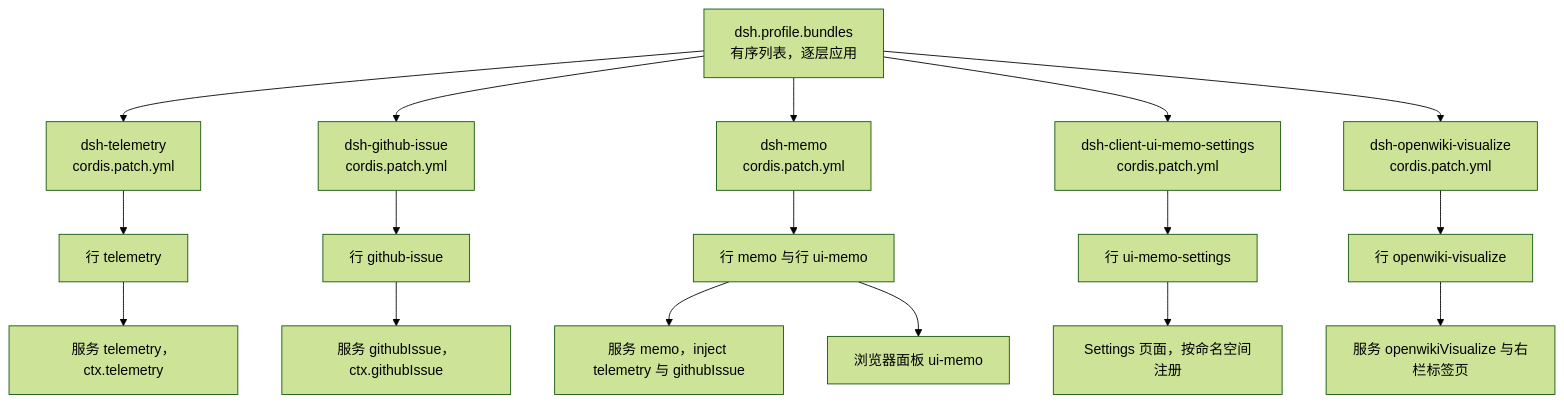
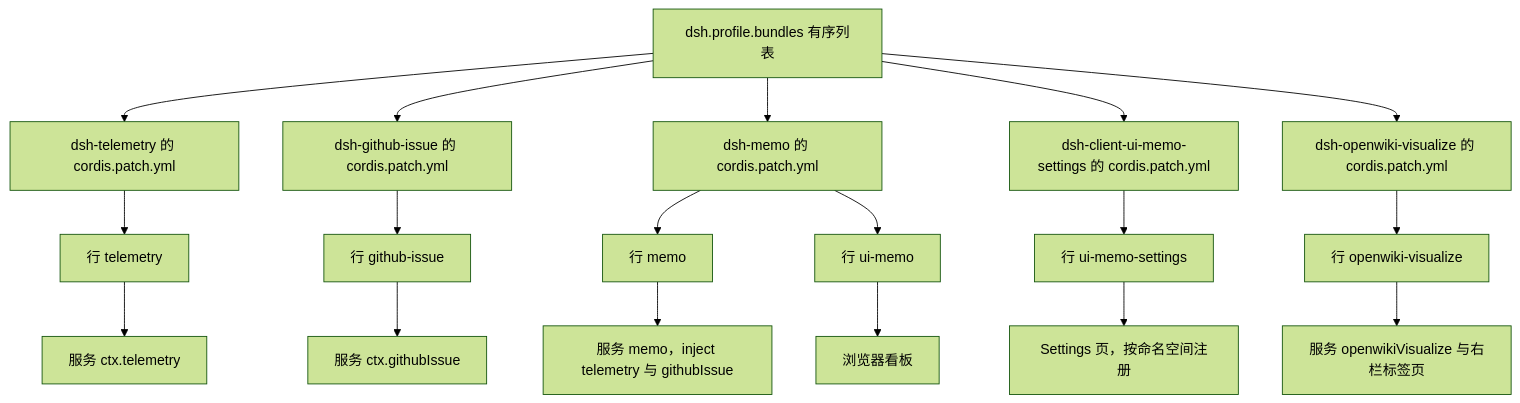
The first of 2 diagrams in openwiki/architecture/plugin-composition-and-bundles.md (zhangj1164/dsh-mega-plugins), drawn with Mermaid (forest theme) before and after one commit. The commit also changed other lines of this file and 62 other files, not shown here.

````diff
--- a/openwiki/architecture/plugin-composition-and-bundles.md
+++ b/openwiki/architecture/plugin-composition-and-bundles.md
@@ -21,19 +78,20 @@
 ```mermaid
 flowchart TD
-  P["dsh.profile.bundles<br/>有序列表，逐层应用"] --> L1["dsh-telemetry<br/>cordis.patch.yml"]
-  P --> L2["dsh-github-issue<br/>cordis.patch.yml"]
-  P --> L3["dsh-memo<br/>cordis.patch.yml"]
-  P --> L4["dsh-client-ui-memo-settings<br/>cordis.patch.yml"]
-  P --> L5["dsh-openwiki-visualize<br/>cordis.patch.yml"]
-  L1 --> R1["行 telemetry"]
-  L2 --> R2["行 github-issue"]
-  L3 --> R3["行 memo 与行 ui-memo"]
-  L4 --> R4["行 ui-memo-settings"]
-  L5 --> R5["行 openwiki-visualize"]
-  R1 --> S1["服务 telemetry，ctx.telemetry"]
-  R2 --> S2["服务 githubIssue，ctx.githubIssue"]
-  R3 --> S3["服务 memo，inject telemetry 与 githubIssue"]
-  R3 --> B1["浏览器面板 ui-memo"]
-  R4 --> B2["Settings 页面，按命名空间注册"]
-  R5 --> S4["服务 openwikiVisualize 与右栏标签页"]
+  P["dsh.profile.bundles 有序列表"] --> T["dsh-telemetry 的 cordis.patch.yml"]
+  P --> G["dsh-github-issue 的 cordis.patch.yml"]
+  P --> M["dsh-memo 的 cordis.patch.yml"]
+  P --> S["dsh-client-ui-memo-settings 的 cordis.patch.yml"]
+  P --> O["dsh-openwiki-visualize 的 cordis.patch.yml"]
+  T --> RT["行 telemetry"]
+  G --> RG["行 github-issue"]
+  M --> RM["行 memo"]
+  M --> RU["行 ui-memo"]
+  S --> RS["行 ui-memo-settings"]
+  O --> RO["行 openwiki-visualize"]
+  RT --> ST["服务 ctx.telemetry"]
+  RG --> SG["服务 ctx.githubIssue"]
+  RM --> SM["服务 memo，inject telemetry 与 githubIssue"]
+  RU --> BM["浏览器看板"]
+  RS --> BS["Settings 页，按命名空间注册"]
+  RO --> SO["服务 openwikiVisualize 与右栏标签页"]
 ```
````
